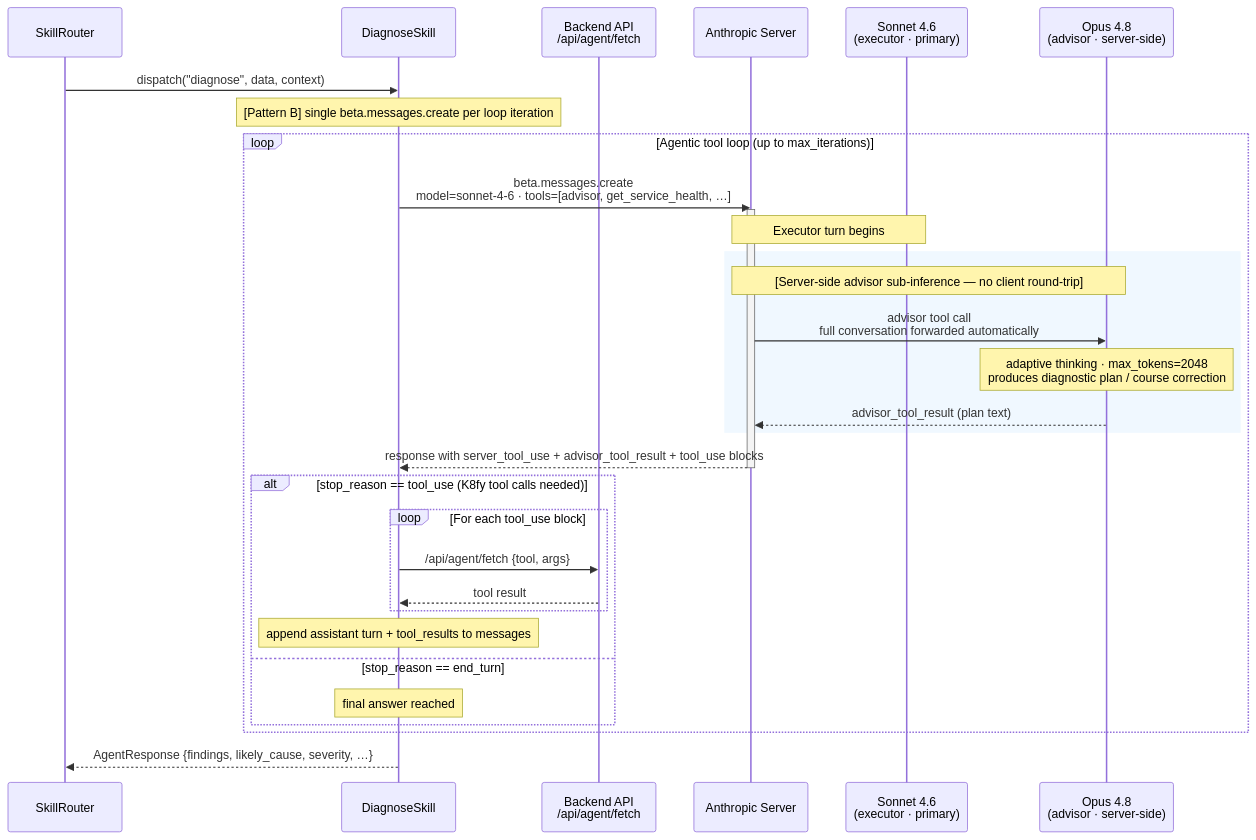
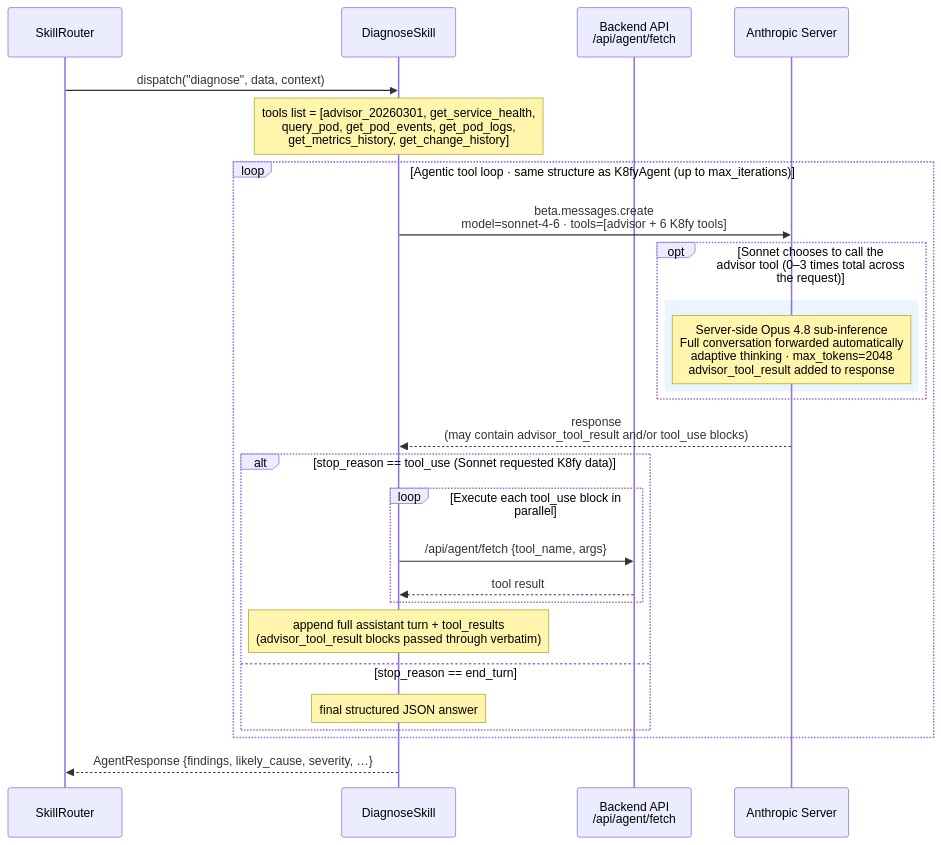
One commit to kschandramouli/agentify2 changed the fourth of 5 diagrams in docs/SEQUENCE_FLOWS.md. Above: the diagram before and after it, drawn with Mermaid. The commit also changed other lines of this file and 2 other files, not shown here.

Commit message:
docs: fix DiagnoseSkill sequence diagram clarity + remove stale AWS doc
Restructure SEQUENCE_FLOWS.md diagram 4 (DiagnoseSkill) so the advisor
appears as an optional `opt` block within the same agentic tool loop used
by K8fyAgent, making the structural similarity between the two Pattern B
paths immediately visible. Add inline comparison table highlighting the 5
exact differences (model, advisor, tools, prompt, API endpoint).

Remove context-mesh/policies/prescriptive-guidance.txt (203k-line AWS
Prescriptive Guidance doc accidentally committed; not a project policy).

Also remove stale "Pattern A pre-fetch: deferred" item from
AGENT_INTEGRATION.md Future Improvements — Pattern A is fully implemented.

````diff
--- a/docs/SEQUENCE_FLOWS.md
+++ b/docs/SEQUENCE_FLOWS.md
@@ -141,42 +144,37 @@
 ```mermaid
 sequenceDiagram
     participant Router   as SkillRouter
     participant Skill    as DiagnoseSkill
     participant BE       as Backend API<br/>/api/agent/fetch
-    participant Server   as Anthropic Server
-    participant Sonnet   as Sonnet 4.6<br/>(executor · primary)
-    participant Opus     as Opus 4.8<br/>(advisor · server-side)
+    participant Anthropic as Anthropic Server
 
     Router->>Skill: dispatch("diagnose", data, context)
 
-    Note over Skill: [Pattern B] single beta.messages.create per loop iteration
+    Note over Skill: tools list = [advisor_20260301, get_service_health,<br/>query_pod, get_pod_events, get_pod_logs,<br/>get_metrics_history, get_change_history]
 
-    loop Agentic tool loop (up to max_iterations)
-        Skill->>Server: beta.messages.create<br/>model=sonnet-4-6 · tools=[advisor, get_service_health, …]
-        activate Server
+    loop Agentic tool loop · same structure as K8fyAgent (up to max_iterations)
 
-        Note over Server,Sonnet: Executor turn begins
+        Skill->>Anthropic: beta.messages.create<br/>model=sonnet-4-6 · tools=[advisor + 6 K8fy tools]
 
-        rect rgb(240, 248, 255)
-            Note over Server,Opus: [Server-side advisor sub-inference — no client round-trip]
-            Server->>Opus: advisor tool call<br/>full conversation forwarded automatically
-            Note over Opus: adaptive thinking · max_tokens=2048<br/>produces diagnostic plan / course correction
-            Opus-->>Server: advisor_tool_result (plan text)
+        opt Sonnet chooses to call the advisor tool (0–3 times total across the request)
+            rect rgb(235, 245, 255)
+                Note over Anthropic: Server-side Opus 4.8 sub-inference<br/>Full conversation forwarded automatically<br/>adaptive thinking · max_tokens=2048<br/>advisor_tool_result added to response
+            end
         end
 
-        Server-->>Skill: response with server_tool_use + advisor_tool_result + tool_use blocks
-        deactivate Server
+        Anthropic-->>Skill: response<br/>(may contain advisor_tool_result and/or tool_use blocks)
 
-        alt stop_reason == tool_use  (K8fy tool calls needed)
-            loop For each tool_use block
-                Skill->>BE: /api/agent/fetch {tool, args}
+        alt stop_reason == tool_use  (Sonnet requested K8fy data)
+            loop Execute each tool_use block in parallel
+                Skill->>BE: /api/agent/fetch {tool_name, args}
                 BE-->>Skill: tool result
             end
-            Note over Skill: append assistant turn + tool_results to messages
+            Note over Skill: append full assistant turn + tool_results<br/>(advisor_tool_result blocks passed through verbatim)
         else stop_reason == end_turn
-            Note over Skill: final answer reached
+            Note over Skill: final structured JSON answer
         end
+
     end
 
     Skill-->>Router: AgentResponse {findings, likely_cause, severity, …}
 ```
````
